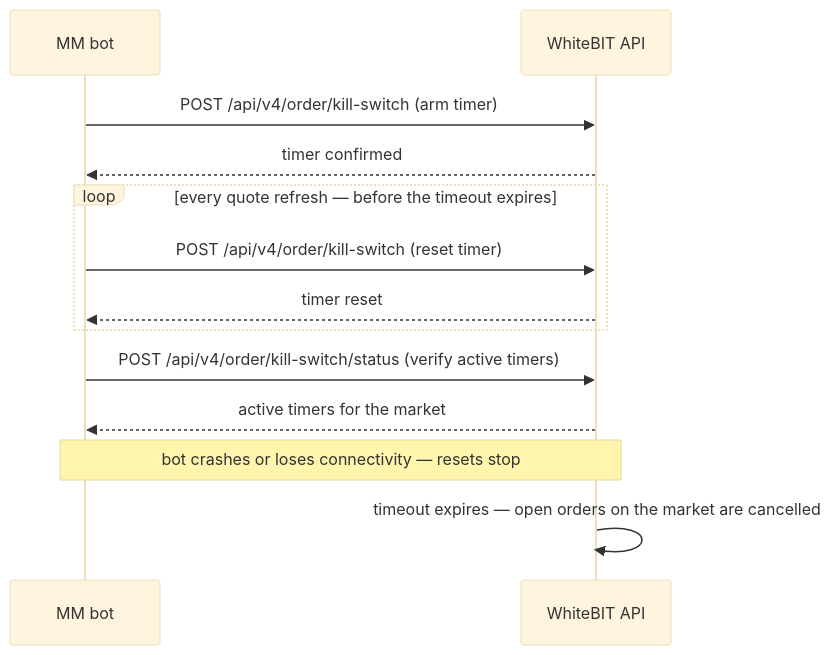
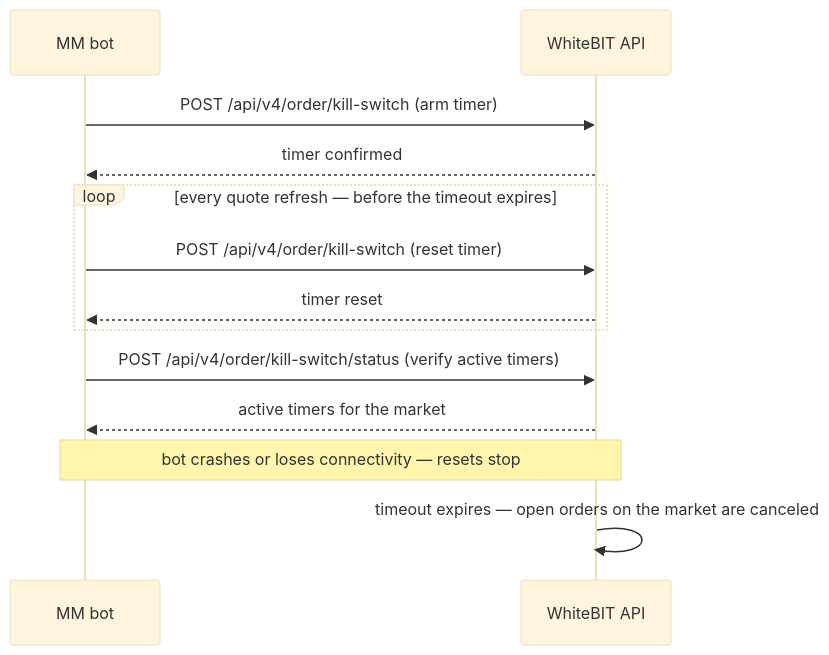
Before and after one commit to whitebit-exchange/docs: the first of 2 diagrams in guides/market-maker-integration.mdx, drawn with Mermaid (base theme). The commit also changed other lines of this file and 16 other files, not shown here.

````diff
--- a/guides/market-maker-integration.mdx
+++ b/guides/market-maker-integration.mdx
@@ -195,16 +195,16 @@
 ```mermaid
 sequenceDiagram
     participant Bot as MM bot
     participant WB as WhiteBIT API
 
     Bot->>WB: POST /api/v4/order/kill-switch (arm timer)
     WB-->>Bot: timer confirmed
     loop every quote refresh — before the timeout expires
         Bot->>WB: POST /api/v4/order/kill-switch (reset timer)
         WB-->>Bot: timer reset
     end
     Bot->>WB: POST /api/v4/order/kill-switch/status (verify active timers)
     WB-->>Bot: active timers for the market
     Note over Bot,WB: bot crashes or loses connectivity — resets stop
-    WB->>WB: timeout expires — open orders on the market are cancelled
+    WB->>WB: timeout expires — open orders on the market are canceled
 ```
````
